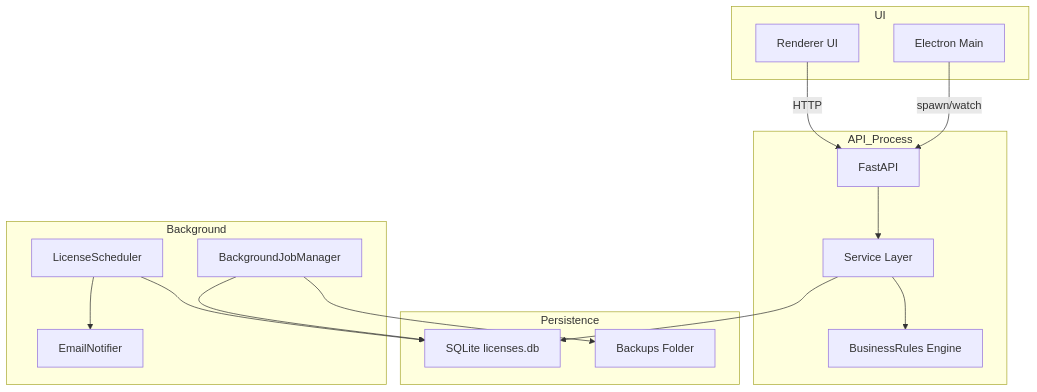
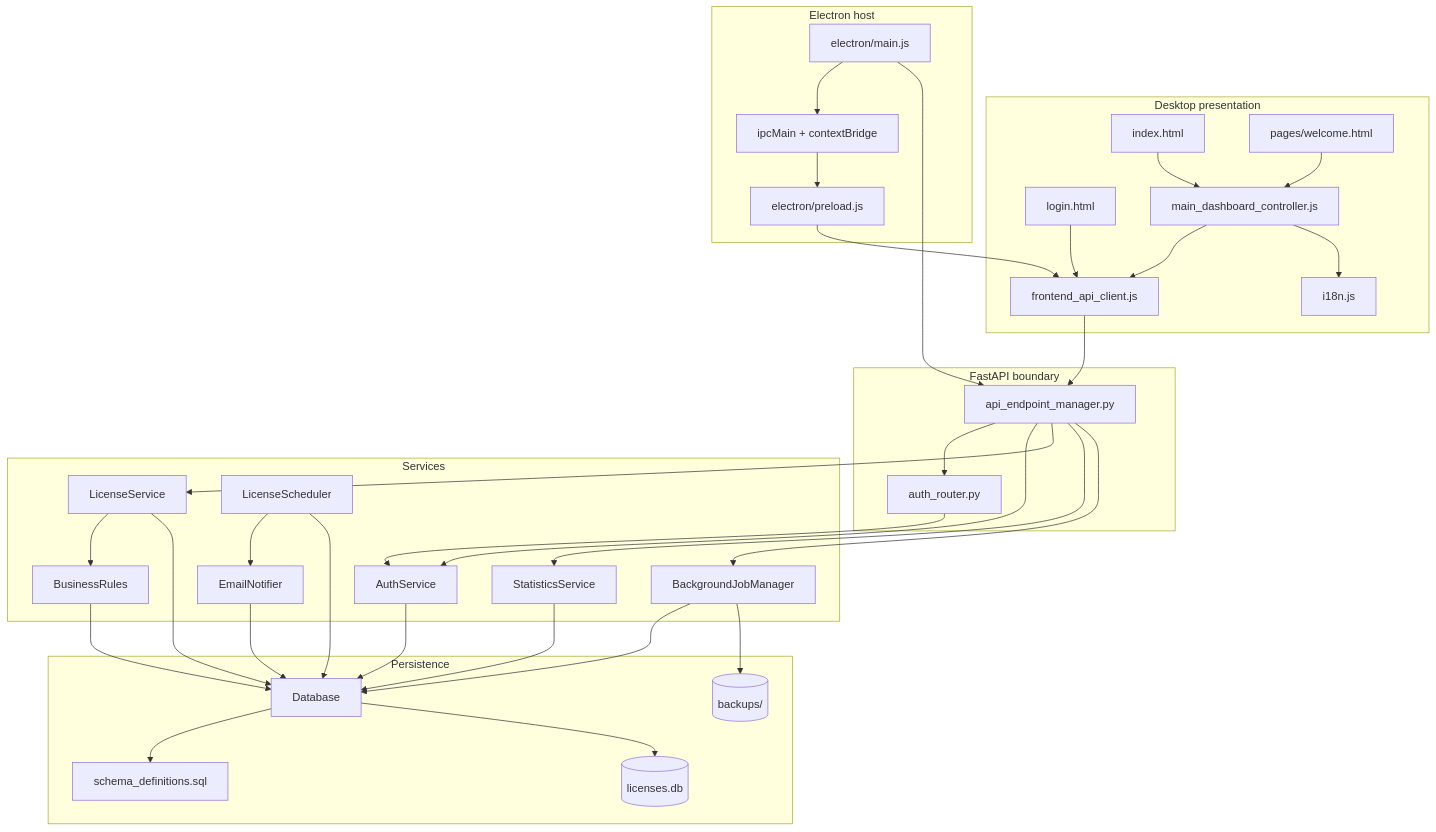
One commit to raouf-bendahmouche/hazmate changed the second of 4 diagrams in docs/system_architecture.md. Above: the diagram before and after it, drawn with Mermaid. The commit also changed other lines of this file and 38 other files, not shown here.

Commit message:
login and diagrammes

````diff
--- a/docs/system_architecture.md
+++ b/docs/system_architecture.md
@@ -201,32 +115,69 @@
 ```mermaid
-graph TD
-  subgraph UI
-    Renderer[Renderer UI]
-    Electron[Electron Main]
-  end
-  subgraph API_Process
-    API[FastAPI]
-    Services[Service Layer]
-    Rules[BusinessRules Engine]
-  end
-  subgraph Persistence
-    DB[SQLite licenses.db]
-    Backups[Backups Folder]
-  end
-  subgraph Background
-    Scheduler[LicenseScheduler]
-    Notifier[EmailNotifier]
-    BGJobs[BackgroundJobManager]
-  end
+flowchart TB
+	subgraph Desktop[Desktop presentation]
+		LoginUI[login.html]
+		MainUI[index.html]
+		Welcome[pages/welcome.html]
+		Controller[main_dashboard_controller.js]
+		APIClient[frontend_api_client.js]
+		Locale[i18n.js]
+	end
 
-  Renderer -->|HTTP| API
-  Electron -->|spawn/watch| API
-  API --> Services
-  Services --> Rules
-  Services --> DB
-  Scheduler --> Notifier
-  Scheduler --> DB
-  BGJobs --> DB
-  BGJobs --> Backups
+	subgraph Host[Electron host]
+		ElectronMain[electron/main.js]
+		Preload[electron/preload.js]
+		IPC[ipcMain + contextBridge]
+	end
 
+	subgraph HTTP[FastAPI boundary]
+		API[api_endpoint_manager.py]
+		AuthRouter[auth_router.py]
+	end
+
+	subgraph Domain[Services]
+		AuthSvc[AuthService]
+		LicenseSvc[LicenseService]
+		Rules[BusinessRules]
+		StatsSvc[StatisticsService]
+		Jobs[BackgroundJobManager]
+		Scheduler[LicenseScheduler]
+		Mailer[EmailNotifier]
+	end
+
+	subgraph Data[Persistence]
+		DB[Database]
+		Schema[schema_definitions.sql]
+		SQLite[(licenses.db)]
+		Backups[(backups/)]
+	end
+
+	LoginUI --> APIClient
+	MainUI --> Controller --> APIClient
+	Welcome --> Controller
+	Controller --> Locale
+
+	ElectronMain --> IPC --> Preload --> APIClient
+	ElectronMain --> API
+
+	APIClient --> API
+	API --> AuthRouter
+	API --> AuthSvc
+	API --> LicenseSvc
+	API --> StatsSvc
+	API --> Jobs
+
+	AuthRouter --> AuthSvc
+	LicenseSvc --> Rules
+	AuthSvc --> DB
+	LicenseSvc --> DB
+	Rules --> DB
+	StatsSvc --> DB
+	Jobs --> DB
+	Scheduler --> Mailer
+	Scheduler --> DB
+	Mailer --> DB
+
+	DB --> Schema
+	DB --> SQLite
+	Jobs --> Backups
 ```
````
